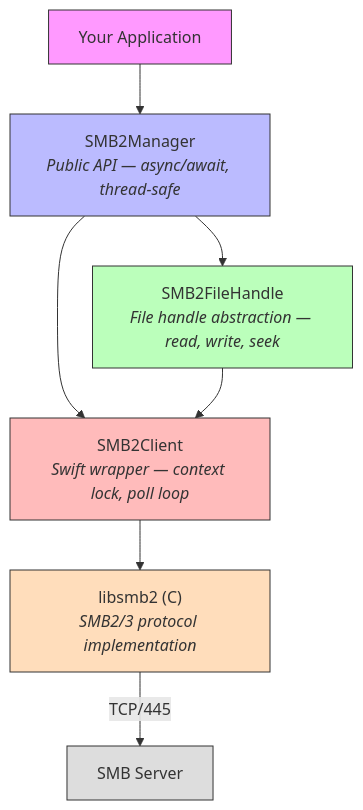
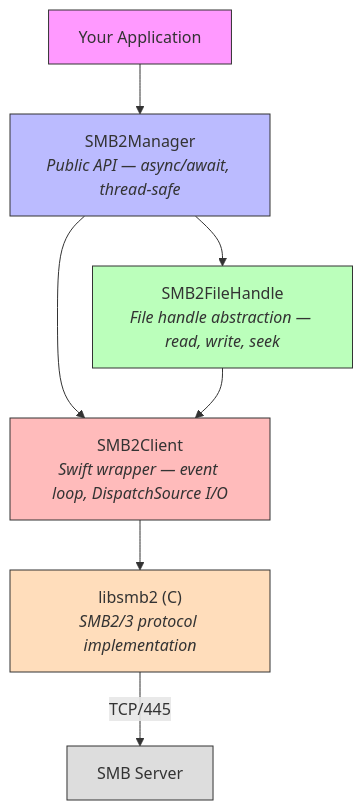
The first of 6 diagrams in docs/ARCHITECTURE.md (simplekube-ro/AMSMB2), drawn with Mermaid before and after one commit. The commit also changed other lines of this file and 2 other files, not shown here.

First line of the commit message:
docs: update architecture, API reference, and README for event loop model

````diff
--- a/docs/ARCHITECTURE.md
+++ b/docs/ARCHITECTURE.md
@@ -9,23 +9,23 @@
 ```mermaid
 graph TB
     App["Your Application"]
     Manager["SMB2Manager<br/><i>Public API — async/await, thread-safe</i>"]
     FileHandle["SMB2FileHandle<br/><i>File handle abstraction — read, write, seek</i>"]
-    Client["SMB2Client<br/><i>Swift wrapper — context lock, poll loop</i>"]
+    Client["SMB2Client<br/><i>Swift wrapper — event loop, DispatchSource I/O</i>"]
     LibSMB2["libsmb2 (C)<br/><i>SMB2/3 protocol implementation</i>"]
     Server["SMB Server"]
 
     App --> Manager
     Manager --> FileHandle
     Manager --> Client
     FileHandle --> Client
     Client --> LibSMB2
     LibSMB2 -->|"TCP/445"| Server
 
     style App fill:#f9f,stroke:#333
     style Manager fill:#bbf,stroke:#333
     style FileHandle fill:#bfb,stroke:#333
     style Client fill:#fbb,stroke:#333
     style LibSMB2 fill:#fdb,stroke:#333
     style Server fill:#ddd,stroke:#333
 ```
````
